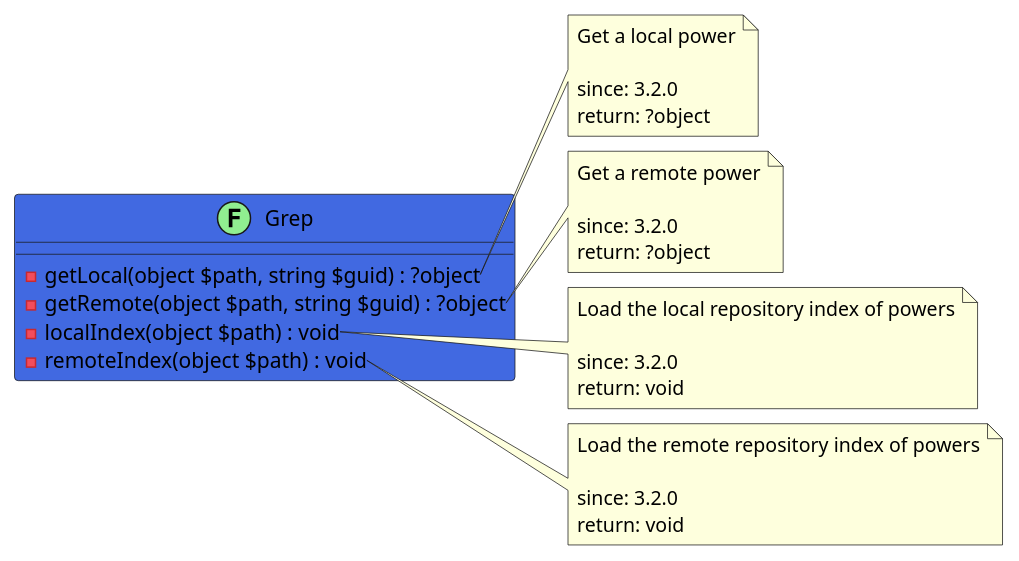
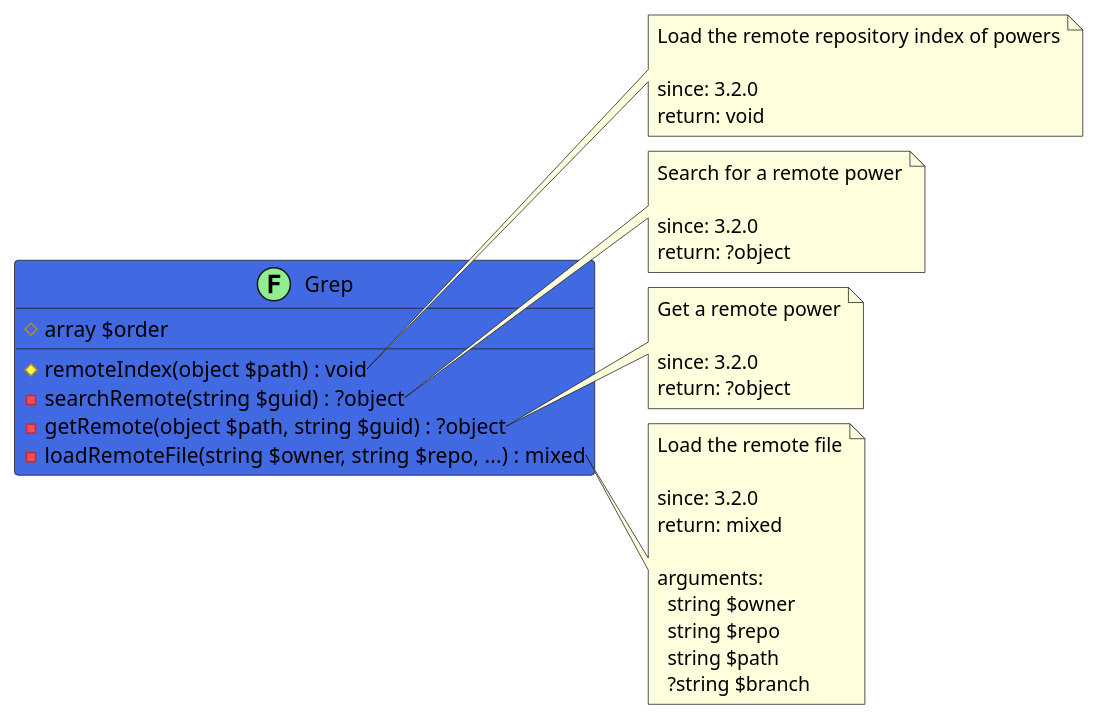
The diagram in src/355bf21a-f859-4528-9110-bcd2c6d05ea7/README.md (joomengine/jcb-compiler), drawn with PlantUML before and after one commit. The commit also changed 10 other files, not shown here.

````diff
--- a/src/355bf21a-f859-4528-9110-bcd2c6d05ea7/README.md
+++ b/src/355bf21a-f859-4528-9110-bcd2c6d05ea7/README.md
@@ -12,39 +12,46 @@
 ```uml
 @startuml
 class Grep << (F,LightGreen) >> #RoyalBlue {
-  - getLocal(object $path, string $guid) : ?object
+  # array $order
+  # remoteIndex(object $path) : void
+  - searchRemote(string $guid) : ?object
   - getRemote(object $path, string $guid) : ?object
-  - localIndex(object $path) : void
-  - remoteIndex(object $path) : void
+  - loadRemoteFile(string $owner, string $repo, ...) : mixed
 }
 
-note right of Grep::getLocal
-  Get a local power
+note right of Grep::remoteIndex
+  Load the remote repository index of powers
+
+  since: 3.2.0
+  return: void
+end note
+
+note right of Grep::searchRemote
+  Search for a remote power
 
   since: 3.2.0
   return: ?object
 end note
 
 note right of Grep::getRemote
   Get a remote power
 
   since: 3.2.0
   return: ?object
 end note
 
-note right of Grep::localIndex
-  Load the local repository index of powers
+note right of Grep::loadRemoteFile
+  Load the remote file
 
   since: 3.2.0
-  return: void
-end note
-
-note right of Grep::remoteIndex
-  Load the remote repository index of powers
-
-  since: 3.2.0
-  return: void
+  return: mixed
+  
+  arguments:
+    string $owner
+    string $repo
+    string $path
+    ?string $branch
 end note
  
 @enduml
 ```
````
